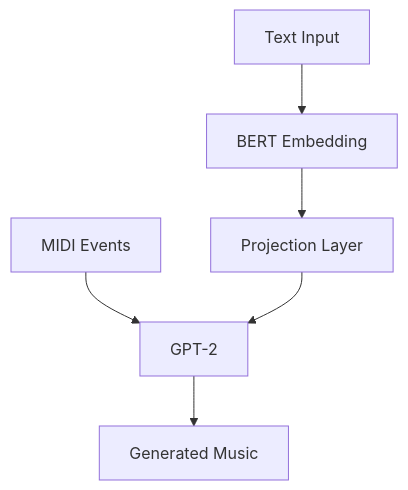
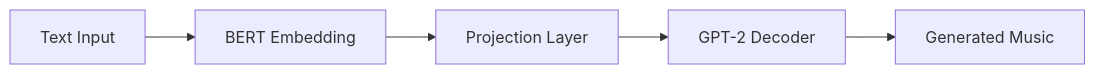
Before and after one commit to Baottq-dev/Hierarchical_Music_Transformer: the first of 2 diagrams in presentation_01.md, drawn with Mermaid. The commit also changed other lines of this file and 1 other file, not shown here.

````diff
--- a/presentation_01.md
+++ b/presentation_01.md
@@ -41,8 +37,7 @@
 ```mermaid
-graph TD
+graph LR
     A[Text Input] --> B[BERT Embedding]
     B --> C[Projection Layer]
-    D[MIDI Events] --> E[GPT-2]
-    C --> E
-    E --> F[Generated Music]
+    C --> D[GPT-2 Decoder]
+    D --> E[Generated Music]
 ```
````
